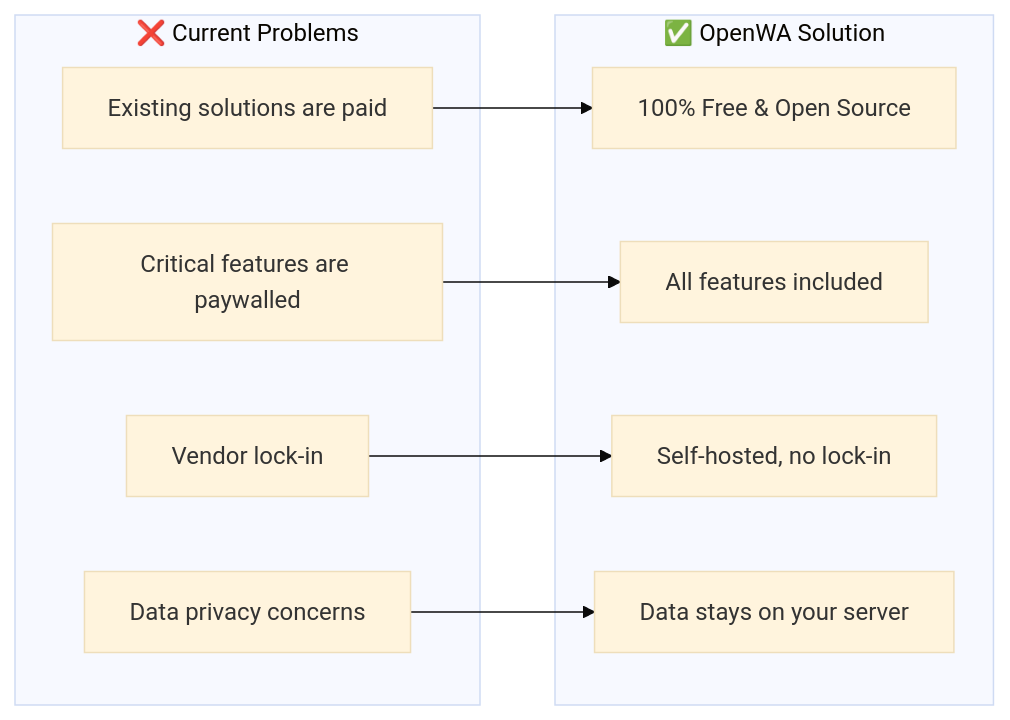
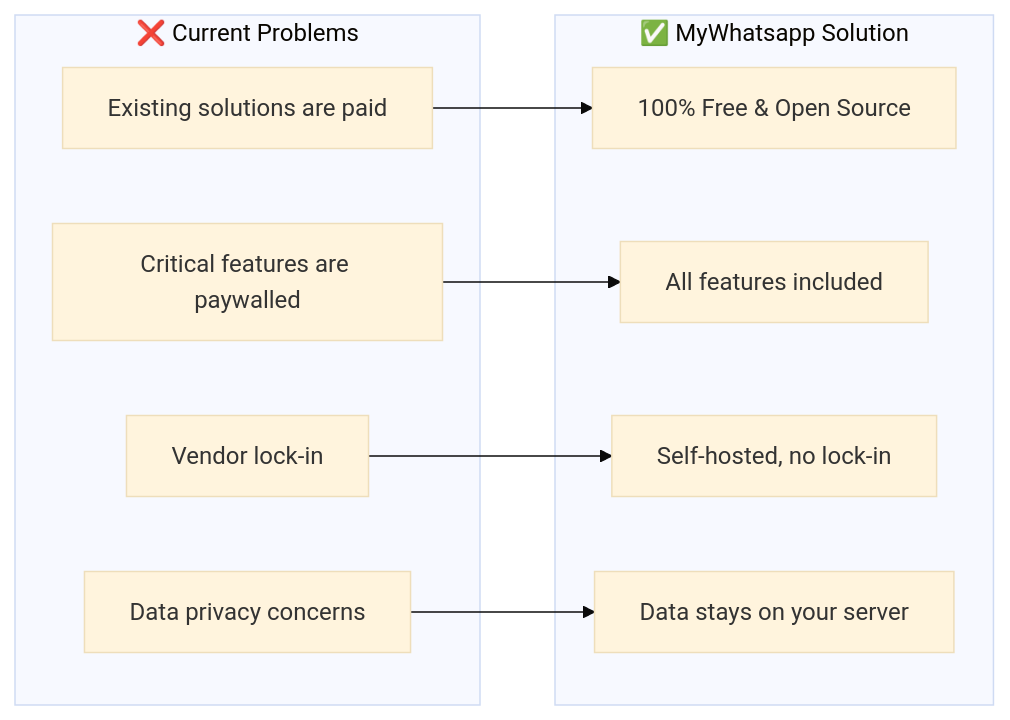
Before and after one commit to Myenum2412/whatsapptool: the first of 5 diagrams in docs/01-project-overview.md, drawn with Mermaid (base theme). The commit also changed other lines of this file and 874 other files, not shown here.

````diff
--- a/docs/01-project-overview.md
+++ b/docs/01-project-overview.md
@@ -36,21 +36,21 @@
 ```mermaid
 flowchart LR
     subgraph Problems["❌ Current Problems"]
         P1[Existing solutions are paid]
         P2[Critical features are paywalled]
         P3[Vendor lock-in]
         P4[Data privacy concerns]
     end
 
-    subgraph Solution["✅ OpenWA Solution"]
+    subgraph Solution["✅ MyWhatsapp Solution"]
         S1[100% Free & Open Source]
         S2[All features included]
         S3[Self-hosted, no lock-in]
         S4[Data stays on your server]
     end
 
     P1 --> S1
     P2 --> S2
     P3 --> S3
     P4 --> S4
 ```
````
